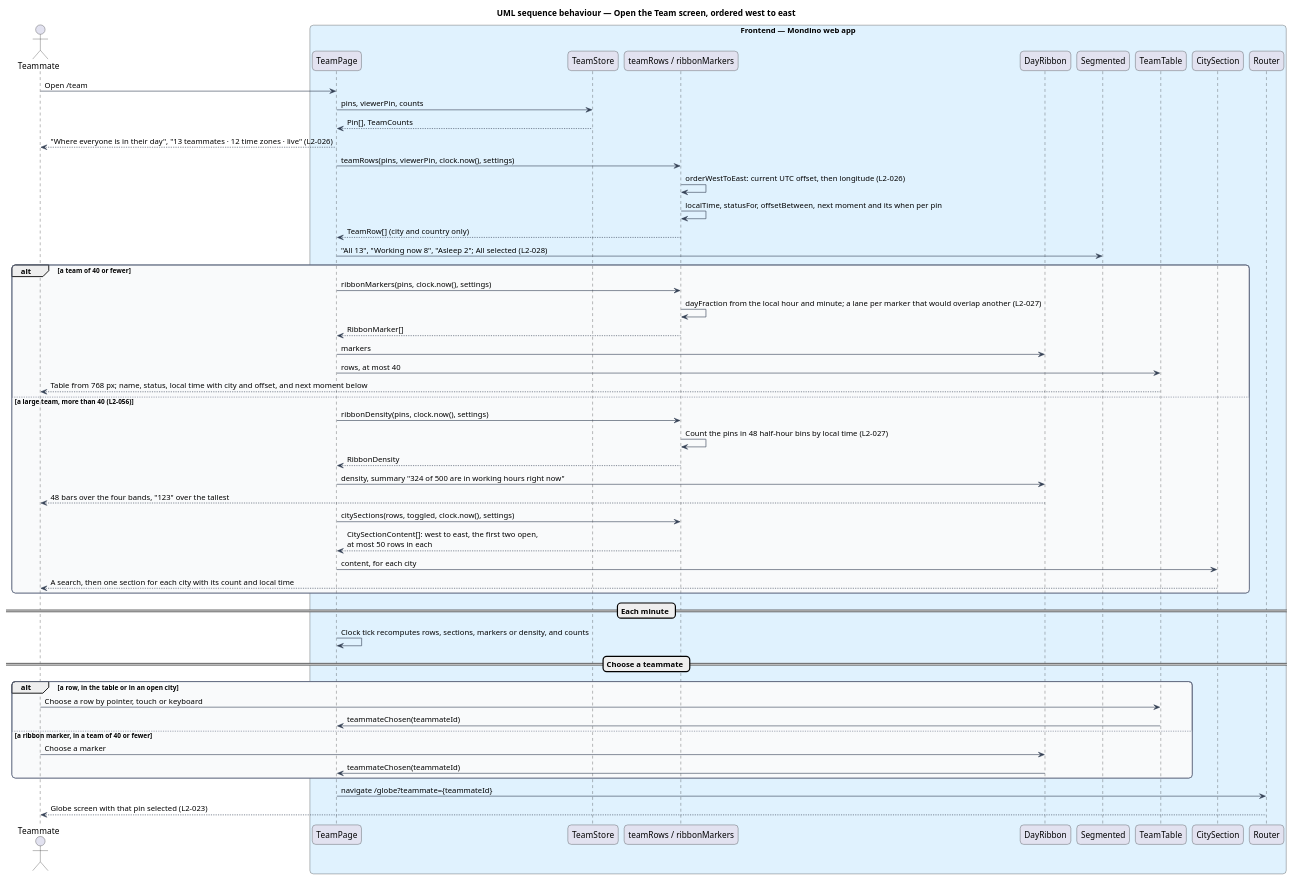
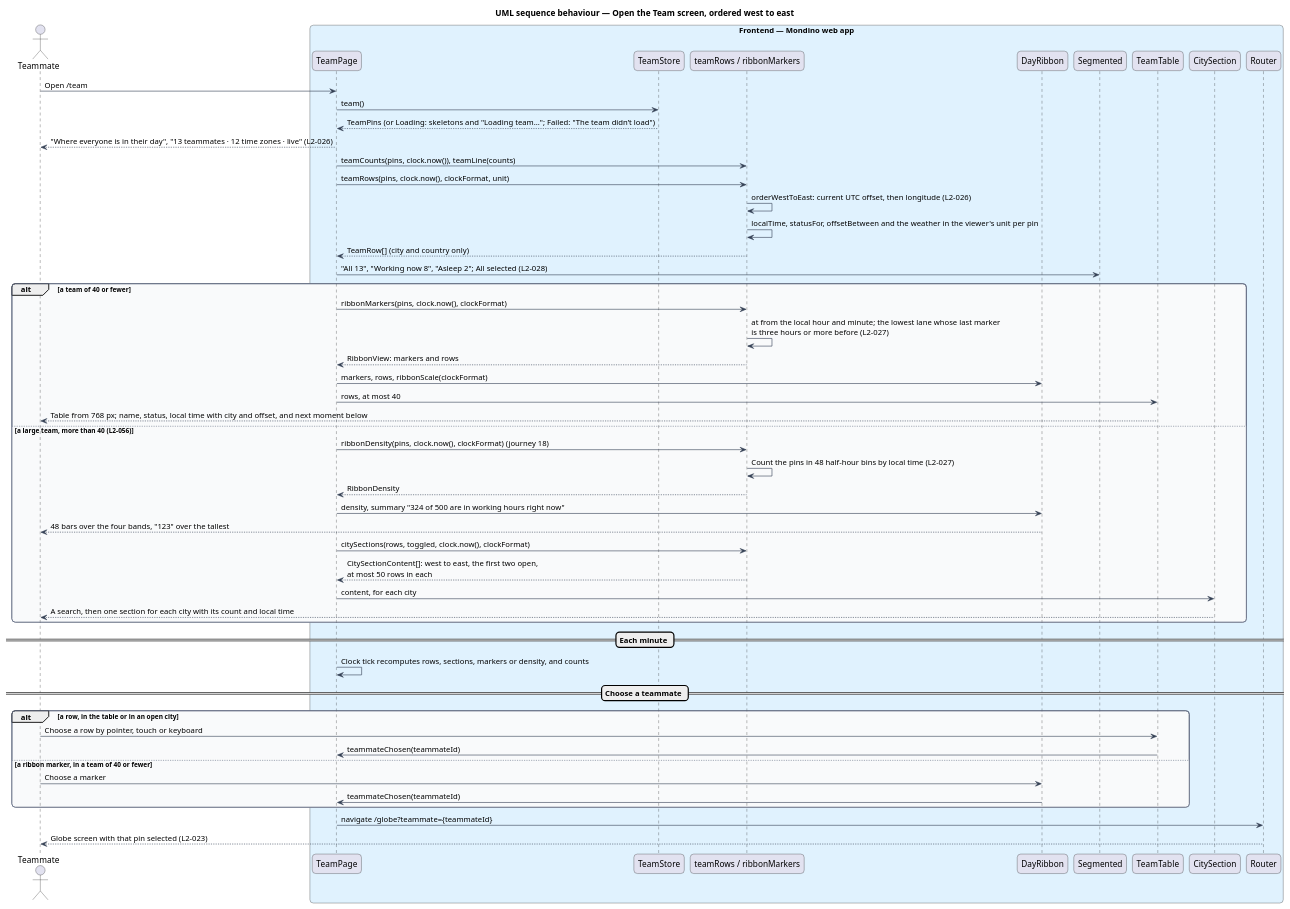
Before and after one commit to QuinntyneBrown/Mondino: the diagram in docs/detailed-designs/team/view-team-through-the-day/diagrams/sequence-open-team-screen.puml, drawn with PlantUML. The commit also changed 35 other files, not shown here.

First line of the commit message:
Bring Team's mocks, requirements and design in line before building it

```diff
--- a/docs/detailed-designs/team/view-team-through-the-day/diagrams/sequence-open-team-screen.puml
+++ b/docs/detailed-designs/team/view-team-through-the-day/diagrams/sequence-open-team-screen.puml
@@ -1,67 +1,68 @@
 @startuml
 title UML sequence behaviour — Open the Team screen, ordered west to east
 skinparam backgroundColor #FFFFFF
 skinparam shadowing false
 skinparam roundcorner 12
 skinparam defaultFontName Arial
 skinparam ArrowColor #344054
 skinparam rectangle {
   BorderColor #344054
   FontColor #101828
 }
 skinparam package {
   BorderColor #667085
   FontColor #101828
   BackgroundColor #F9FAFB
 }
 actor "Teammate" as actor
 box "Frontend — Mondino web app" #E0F2FE
   participant "TeamPage" as page
   participant "TeamStore" as store
   participant "teamRows / ribbonMarkers" as fn
   participant "DayRibbon" as ribbon
   participant "Segmented" as chips
   participant "TeamTable" as table
   participant "CitySection" as city
   participant "Router" as router
 end box
 actor -> page : Open /team
-page -> store : pins, viewerPin, counts
-store --> page : Pin[], TeamCounts
+page -> store : team()
+store --> page : TeamPins (or Loading: skeletons and "Loading team…"; Failed: "The team didn’t load")
 page --> actor : "Where everyone is in their day", "13 teammates · 12 time zones · live" (L2-026)
-page -> fn : teamRows(pins, viewerPin, clock.now(), settings)
+page -> fn : teamCounts(pins, clock.now()), teamLine(counts)
+page -> fn : teamRows(pins, clock.now(), clockFormat, unit)
 fn -> fn : orderWestToEast: current UTC offset, then longitude (L2-026)
-fn -> fn : localTime, statusFor, offsetBetween, next moment and its when per pin
+fn -> fn : localTime, statusFor, offsetBetween and the weather in the viewer's unit per pin
 fn --> page : TeamRow[] (city and country only)
 page -> chips : "All 13", "Working now 8", "Asleep 2"; All selected (L2-028)
 alt a team of 40 or fewer
-  page -> fn : ribbonMarkers(pins, clock.now(), settings)
-  fn -> fn : dayFraction from the local hour and minute; a lane per marker that would overlap another (L2-027)
-  fn --> page : RibbonMarker[]
-  page -> ribbon : markers
+  page -> fn : ribbonMarkers(pins, clock.now(), clockFormat)
+  fn -> fn : at from the local hour and minute; the lowest lane whose last marker\nis three hours or more before (L2-027)
+  fn --> page : RibbonView: markers and rows
+  page -> ribbon : markers, rows, ribbonScale(clockFormat)
   page -> table : rows, at most 40
   table --> actor : Table from 768 px; name, status, local time with city and offset, and next moment below
 else a large team, more than 40 (L2-056)
-  page -> fn : ribbonDensity(pins, clock.now(), settings)
+  page -> fn : ribbonDensity(pins, clock.now(), clockFormat) (journey 18)
   fn -> fn : Count the pins in 48 half-hour bins by local time (L2-027)
   fn --> page : RibbonDensity
   page -> ribbon : density, summary "324 of 500 are in working hours right now"
   ribbon --> actor : 48 bars over the four bands, "123" over the tallest
-  page -> fn : citySections(rows, toggled, clock.now(), settings)
+  page -> fn : citySections(rows, toggled, clock.now(), clockFormat)
   fn --> page : CitySectionContent[]: west to east, the first two open,\nat most 50 rows in each
   page -> city : content, for each city
   city --> actor : A search, then one section for each city with its count and local time
 end
 == Each minute ==
 page -> page : Clock tick recomputes rows, sections, markers or density, and counts
 == Choose a teammate ==
 alt a row, in the table or in an open city
   actor -> table : Choose a row by pointer, touch or keyboard
   table -> page : teammateChosen(teammateId)
 else a ribbon marker, in a team of 40 or fewer
   actor -> ribbon : Choose a marker
   ribbon -> page : teammateChosen(teammateId)
 end
 page -> router : navigate /globe?teammate={teammateId}
 router --> actor : Globe screen with that pin selected (L2-023)
 @enduml
```
